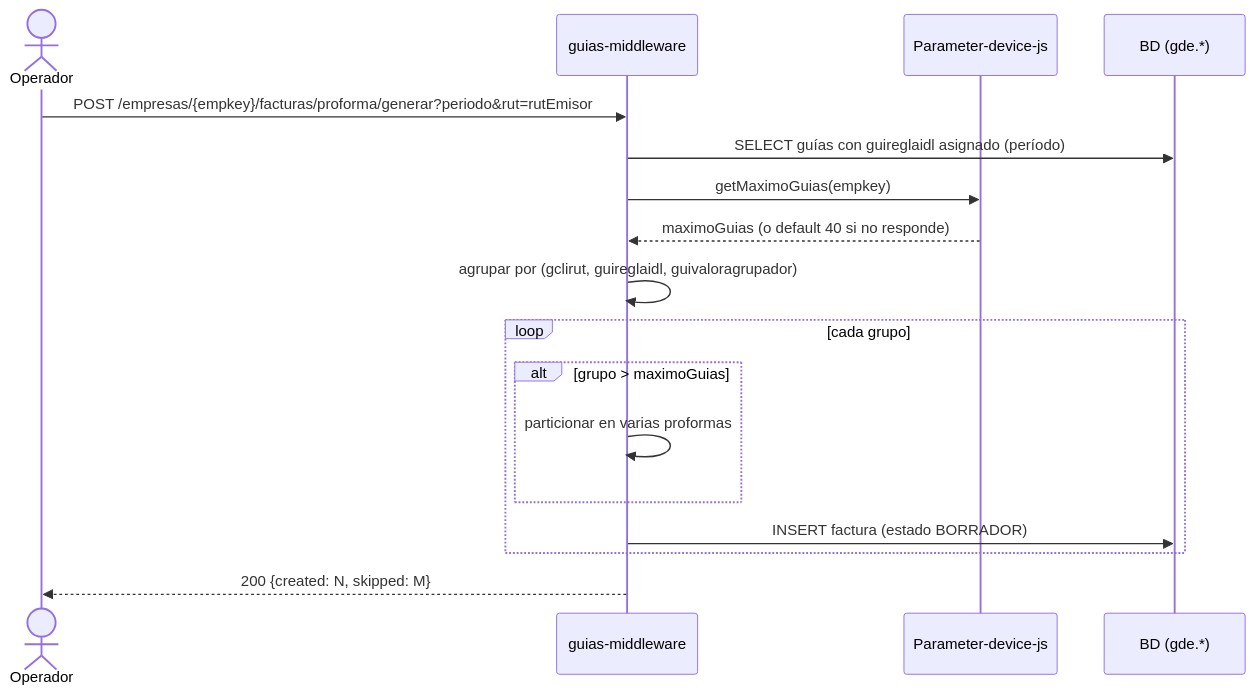
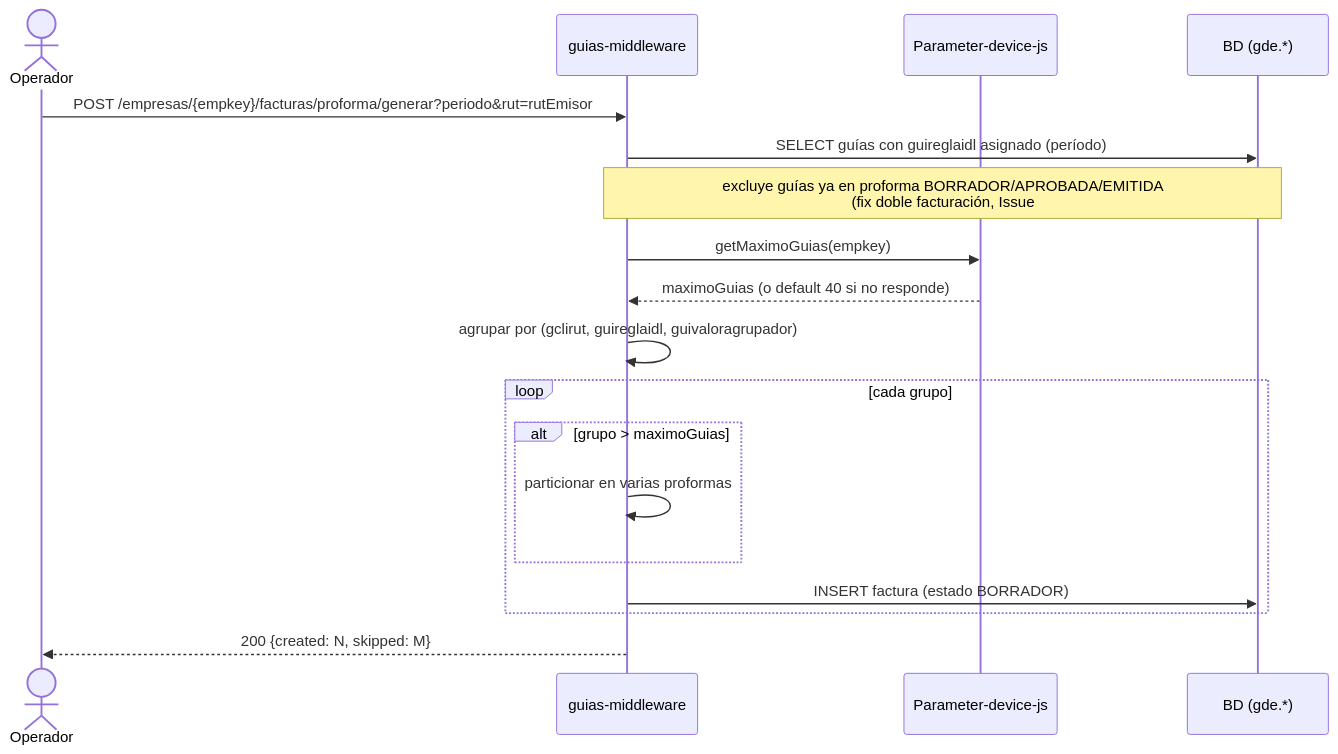
The third of 6 diagrams in docs/casos-de-uso-diagramas-secuencia-2026-07-17.md (matop/facturador-guias-backend), drawn with Mermaid before and after one commit. The commit also changed other lines of this file, not shown here.

First line of the commit message:
docs: reflejar filtro anti-doble-facturación en CU-3

````diff
--- a/docs/casos-de-uso-diagramas-secuencia-2026-07-17.md
+++ b/docs/casos-de-uso-diagramas-secuencia-2026-07-17.md
@@ -105,20 +105,21 @@
 ```mermaid
 sequenceDiagram
     actor Operador
     participant MW as guias-middleware
     participant PDJ as Parameter-device-js
     participant DB as BD (gde.*)
 
     Operador->>MW: POST /empresas/{empkey}/facturas/proforma/generar?periodo&rut=rutEmisor
     MW->>DB: SELECT guías con guireglaidl asignado (período)
+    Note over MW,DB: excluye guías ya en proforma BORRADOR/APROBADA/EMITIDA<br/>(fix doble facturación, Issue #48)
     MW->>PDJ: getMaximoGuias(empkey)
     PDJ-->>MW: maximoGuias (o default 40 si no responde)
     MW->>MW: agrupar por (gclirut, guireglaidl, guivaloragrupador)
     loop cada grupo
         alt grupo > maximoGuias
             MW->>MW: particionar en varias proformas
         end
         MW->>DB: INSERT factura (estado BORRADOR)
     end
     MW-->>Operador: 200 {created: N, skipped: M}
 ```
````
